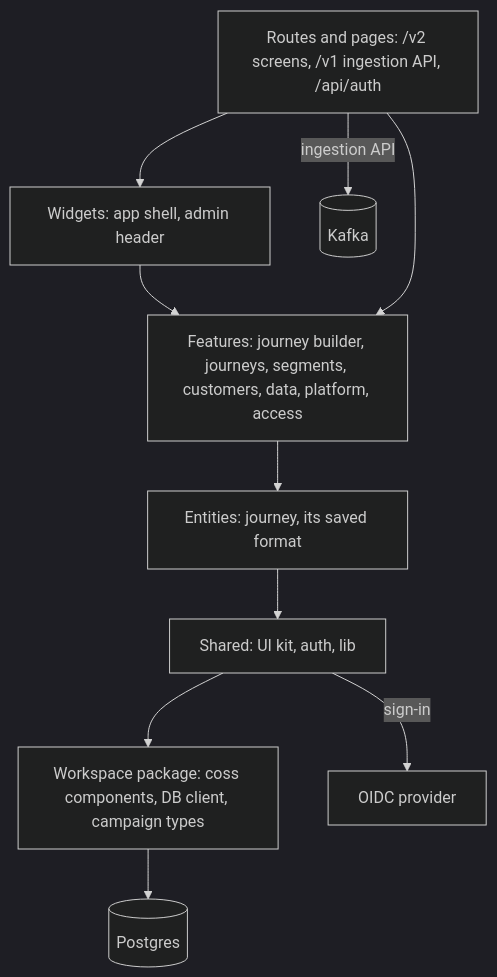
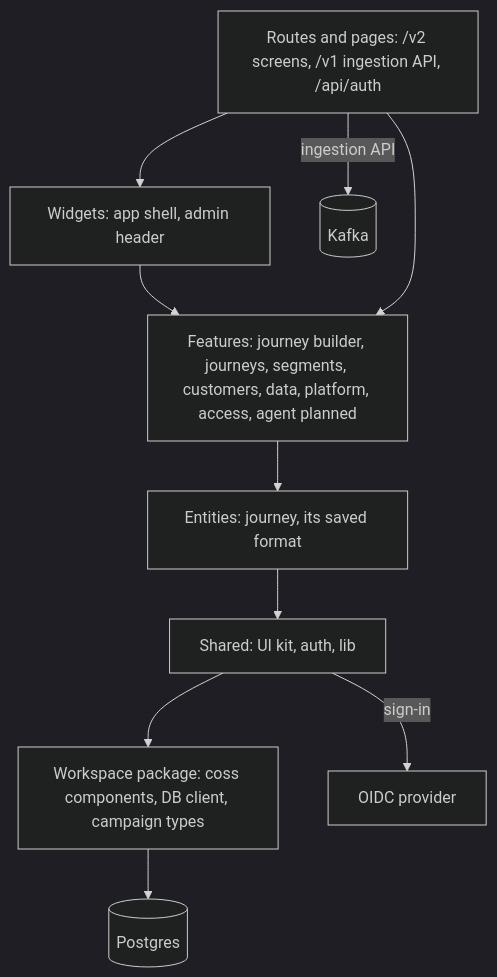
The sixth of 7 diagrams in docs/internal/architecture/overview.md (18120158binh/salarose), drawn with Mermaid (dark theme) before and after one commit. The commit also changed other lines of this file and 7 other files, not shown here.

````diff
--- a/docs/internal/architecture/overview.md
+++ b/docs/internal/architecture/overview.md
@@ -227,17 +230,17 @@
 ```mermaid
 flowchart TB
 	routes[Routes and pages: /v2 screens, /v1 ingestion API, /api/auth]
 	widgets[Widgets: app shell, admin header]
-	features[Features: journey builder, journeys, segments, customers, data, platform, access]
+	features[Features: journey builder, journeys, segments, customers, data, platform, access, agent planned]
 	entities[Entities: journey, its saved format]
 	sharedui[Shared: UI kit, auth, lib]
 	pkg[Workspace package: coss components, DB client, campaign types]
 	pg[(Postgres)]
 	kafka[(Kafka)]
 	idp[OIDC provider]
 	routes --> widgets --> features --> entities --> sharedui --> pkg
 	routes --> features
 	pkg --> pg
 	routes -->|ingestion API| kafka
 	sharedui -->|sign-in| idp
 ```
````
